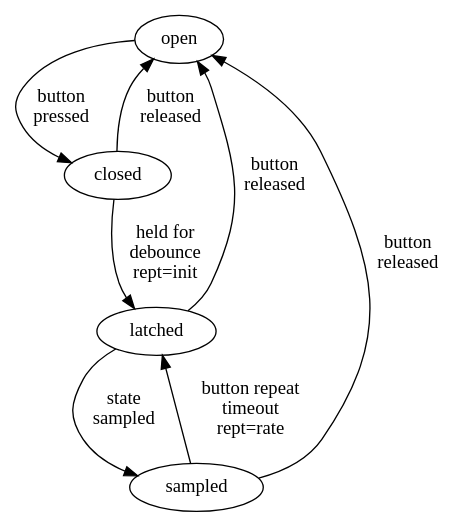
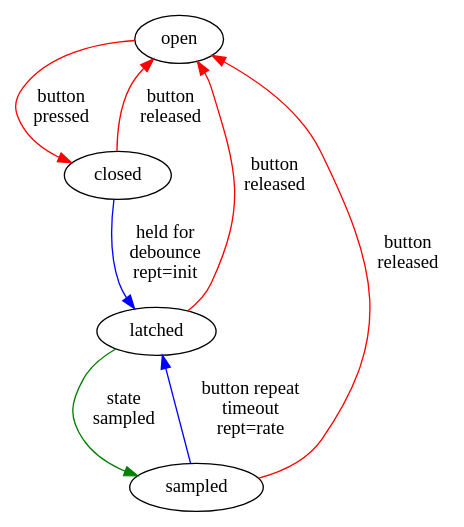
The diagram in button-fsm.dot (jsgf/iceclock), drawn with Graphviz before and after one commit. The commit also changed 1 other file, not shown here.

Commit message:
Colourise fsm diagram.  Add png target.

```diff
--- a/button-fsm.dot
+++ b/button-fsm.dot
@@ -1,12 +1,18 @@
+/*
+	Colour key:
+	       red - physical action on switch/button
+	       blue - time-based event
+	       green - software action
+ */
 digraph switch {
-	open -> closed [label="button\npressed"];
+	open -> closed [label="button\npressed", color=red];
 
-	closed -> latched [label="held for\ndebounce\nrept=init"];
-	closed -> open [label="button\nreleased"];
+	closed -> latched [label="held for\ndebounce\nrept=init", color=blue];
+	closed -> open [label="button\nreleased", color=red];
 
-	sampled -> latched [label="button repeat\ntimeout\nrept=rate"];
-	sampled -> open [label="button\nreleased"];
+	sampled -> latched [label="button repeat\ntimeout\nrept=rate", color=blue];
+	sampled -> open [label="button\nreleased", color=red];
 
-	latched -> sampled [label="state\nsampled"];
-	latched -> open [label="button\nreleased"];
+	latched -> sampled [label="state\nsampled", color=green];
+	latched -> open [label="button\nreleased", color=red];
 }
```
